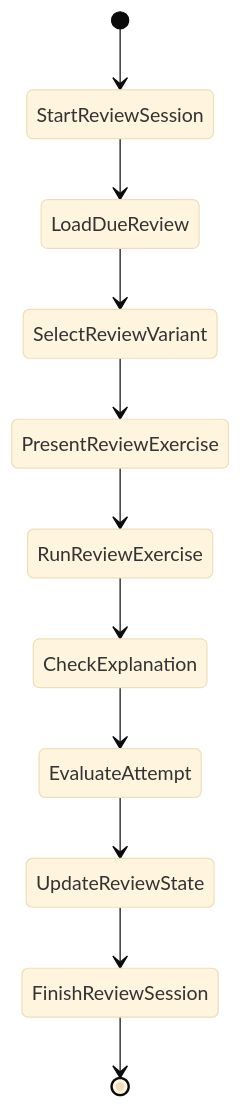
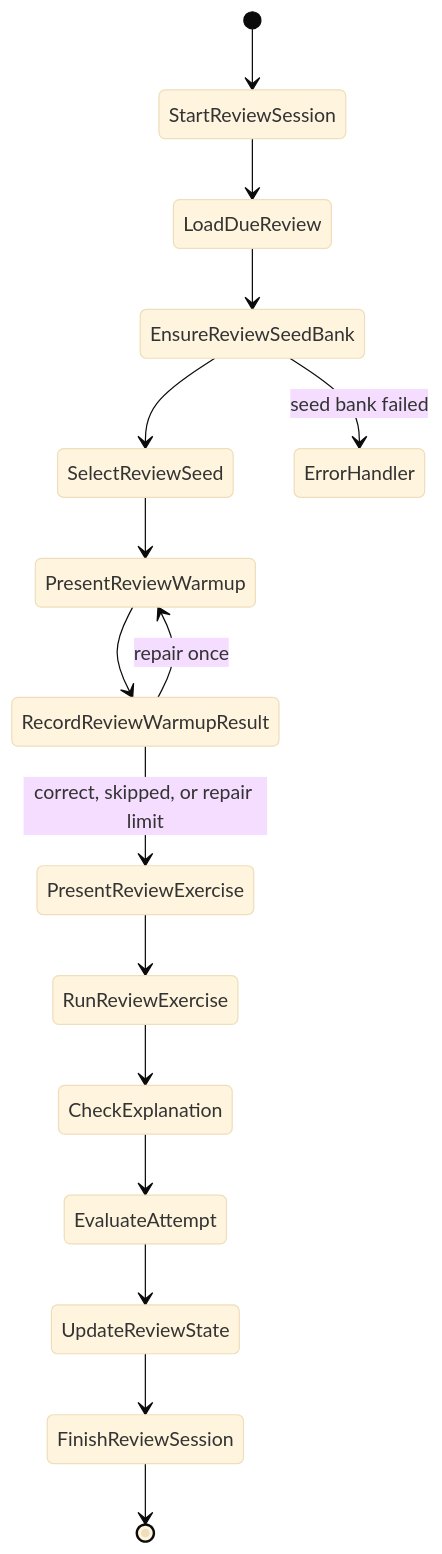
One commit to P1nL/Aearn changed the second of 2 diagrams in docs/architecture/langgraph-state-machine.md. Above: the diagram before and after it, drawn with Mermaid (base theme). The commit also changed other lines of this file and 51 other files, not shown here.

Commit message:
feat(learning,review): add concept checks and review seed banks

````diff
--- a/docs/architecture/langgraph-state-machine.md
+++ b/docs/architecture/langgraph-state-machine.md
@@ -1131,13 +1205,18 @@
 ```mermaid
 stateDiagram-v2
     [*] --> StartReviewSession
     StartReviewSession --> LoadDueReview
-    LoadDueReview --> SelectReviewVariant
-    SelectReviewVariant --> PresentReviewExercise
+    LoadDueReview --> EnsureReviewSeedBank
+    EnsureReviewSeedBank --> SelectReviewSeed
+    EnsureReviewSeedBank --> ErrorHandler: seed bank failed
+    SelectReviewSeed --> PresentReviewWarmup
+    PresentReviewWarmup --> RecordReviewWarmupResult
+    RecordReviewWarmupResult --> PresentReviewWarmup: repair once
+    RecordReviewWarmupResult --> PresentReviewExercise: correct, skipped, or repair limit
     PresentReviewExercise --> RunReviewExercise
     RunReviewExercise --> CheckExplanation
     CheckExplanation --> EvaluateAttempt
     EvaluateAttempt --> UpdateReviewState
     UpdateReviewState --> FinishReviewSession
     FinishReviewSession --> [*]
 ```
````
